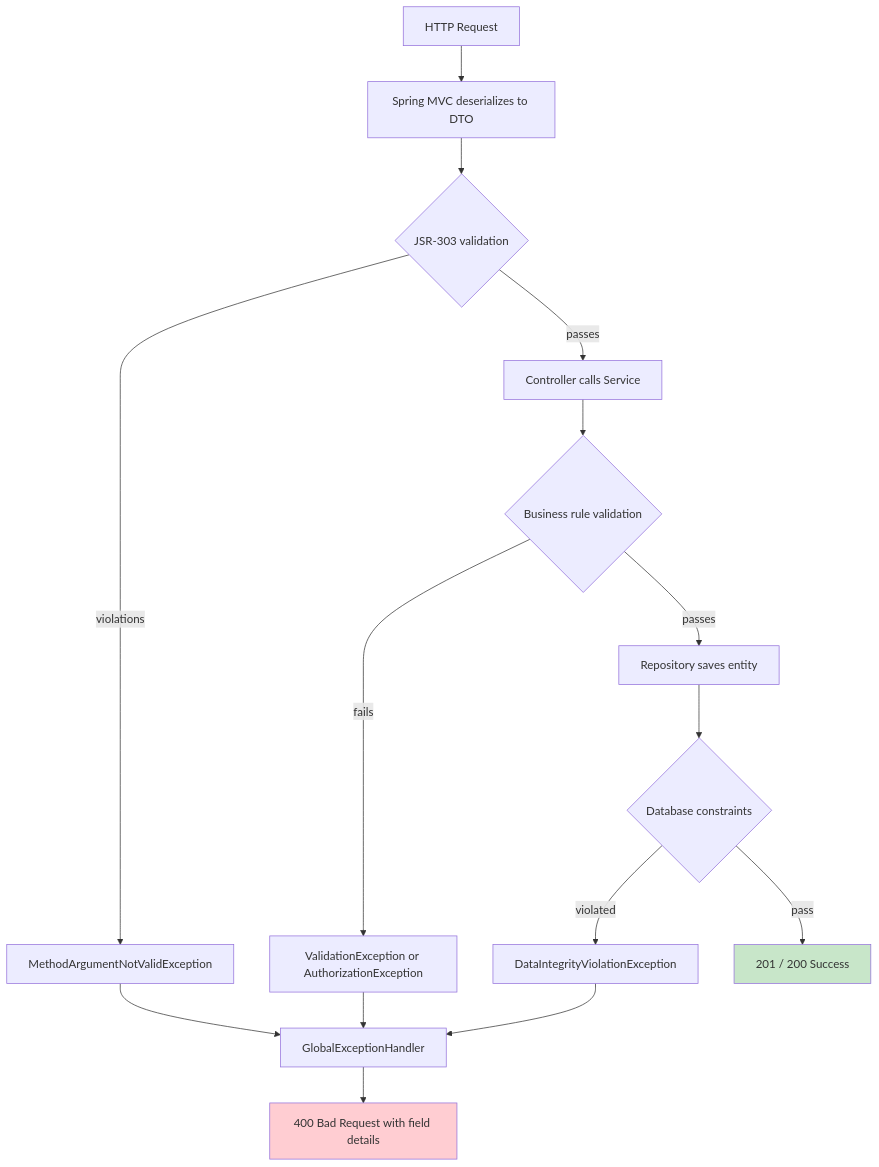
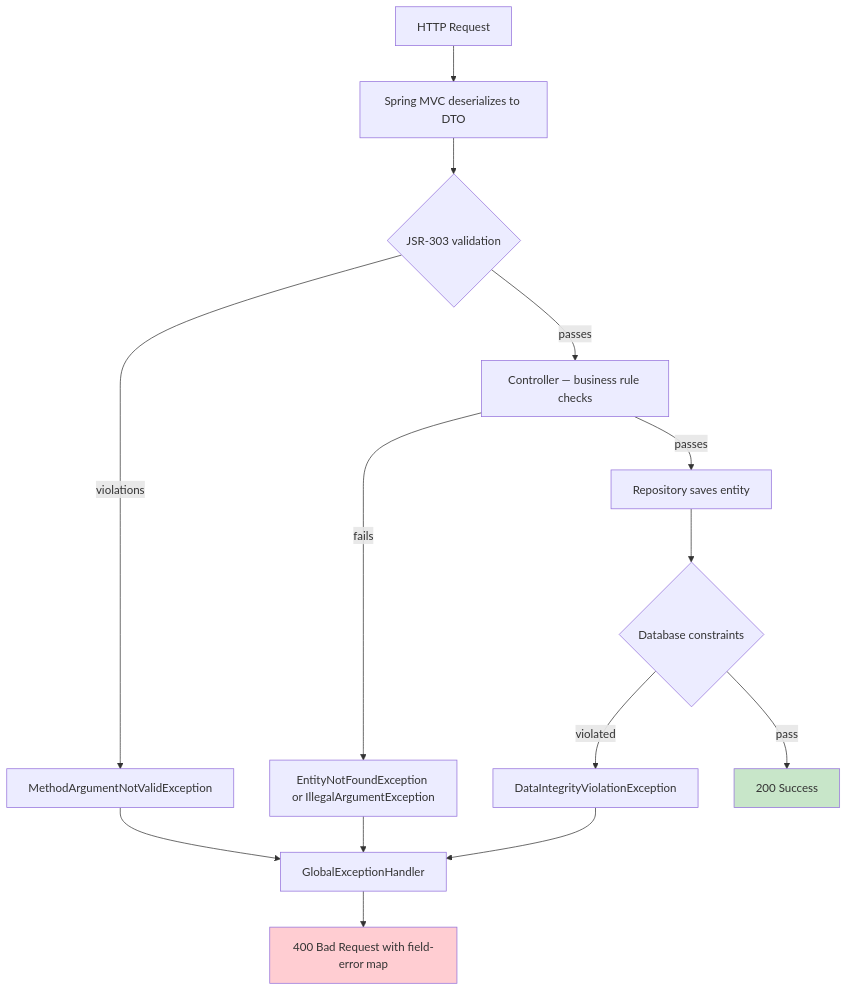
One commit to Keglev/stockease changed the diagram in docs/architecture/decisions/002-validation-strategy.md. Above: the diagram before and after it, drawn with Mermaid. The commit also changed other lines of this file and 63 other files, not shown here.

````diff
--- a/docs/architecture/decisions/002-validation-strategy.md
+++ b/docs/architecture/decisions/002-validation-strategy.md
@@ -37,20 +37,19 @@
 ```mermaid
 graph TD
     A[HTTP Request] --> B[Spring MVC deserializes to DTO]
     B --> C{JSR-303 validation}
     C -->|violations| D[MethodArgumentNotValidException]
     D --> E[GlobalExceptionHandler]
-    E --> F[400 Bad Request with field details]
-    C -->|passes| G[Controller calls Service]
-    G --> H{Business rule validation}
-    H -->|fails| I[ValidationException or AuthorizationException]
-    I --> E
-    H -->|passes| J[Repository saves entity]
+    E --> F[400 Bad Request with field-error map]
+    C -->|passes| G[Controller — business rule checks]
+    G -->|fails| H[EntityNotFoundException or IllegalArgumentException]
+    H --> E
+    G -->|passes| J[Repository saves entity]
     J --> K{Database constraints}
     K -->|violated| L[DataIntegrityViolationException]
     L --> E
-    K -->|pass| M[201 / 200 Success]
+    K -->|pass| M[200 Success]
 
     style F fill:#ffcdd2
     style M fill:#c8e6c9
 ```
````
